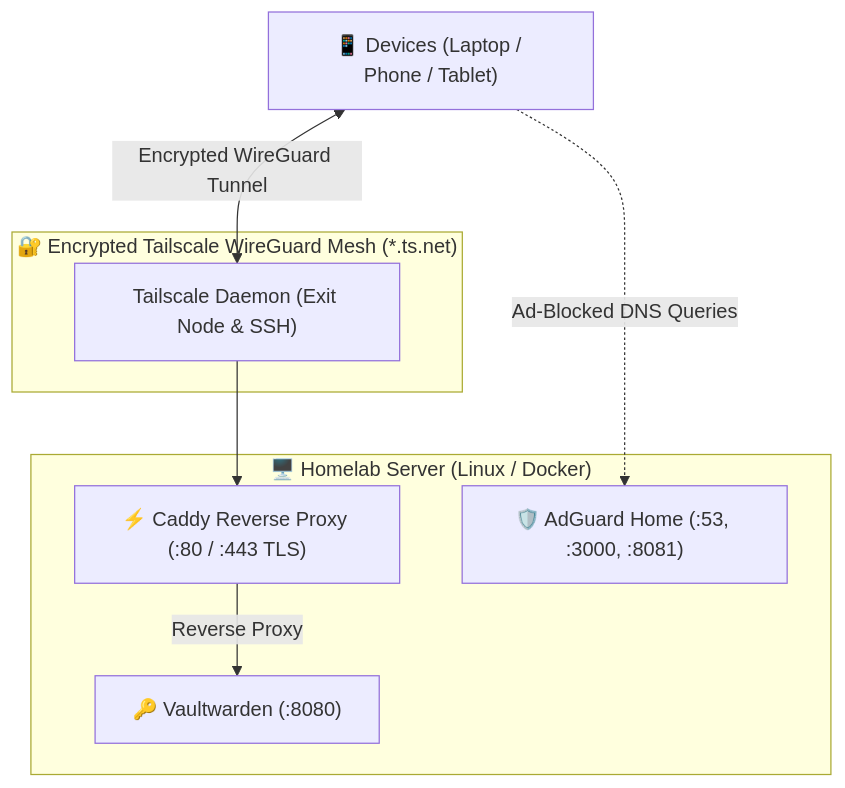
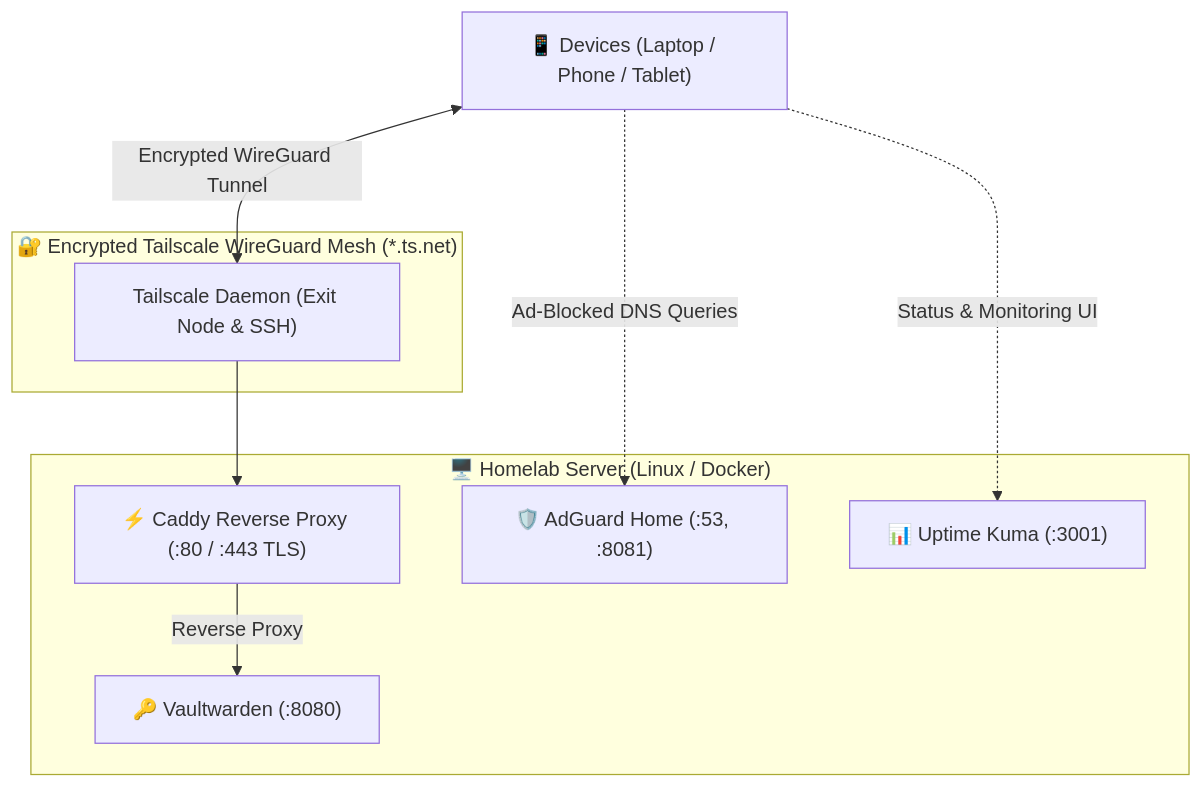
One commit to sanjay-namdeo/homelab changed the diagram in README.md. Above: the diagram before and after it, drawn with Mermaid. The commit also changed other lines of this file and 4 other files, not shown here.

Commit message:
feat(monitoring): integrate Uptime Kuma with automated healthchecks, backup snapshots, and replication docs

````diff
--- a/README.md
+++ b/README.md
@@ -11,17 +11,19 @@
 ```mermaid
 graph TD
     Client["📱 Devices (Laptop / Phone / Tablet)"]
     subgraph MeshNetwork ["🔐 Encrypted Tailscale WireGuard Mesh (*.ts.net)"]
         TS["Tailscale Daemon (Exit Node & SSH)"]
     end
     subgraph Host ["🖥️ Homelab Server (Linux / Docker)"]
         Caddy["⚡ Caddy Reverse Proxy (:80 / :443 TLS)"]
         VW["🔑 Vaultwarden (:8080)"]
-        AG["🛡️ AdGuard Home (:53, :3000, :8081)"]
+        AG["🛡️ AdGuard Home (:53, :8081)"]
+        UK["📊 Uptime Kuma (:3001)"]
     end
 
     Client <-->|Encrypted WireGuard Tunnel| TS
     TS --> Caddy
     Caddy -->|Reverse Proxy| VW
     Client -.->|Ad-Blocked DNS Queries| AG
+    Client -.->|Status & Monitoring UI| UK
 ```
````
